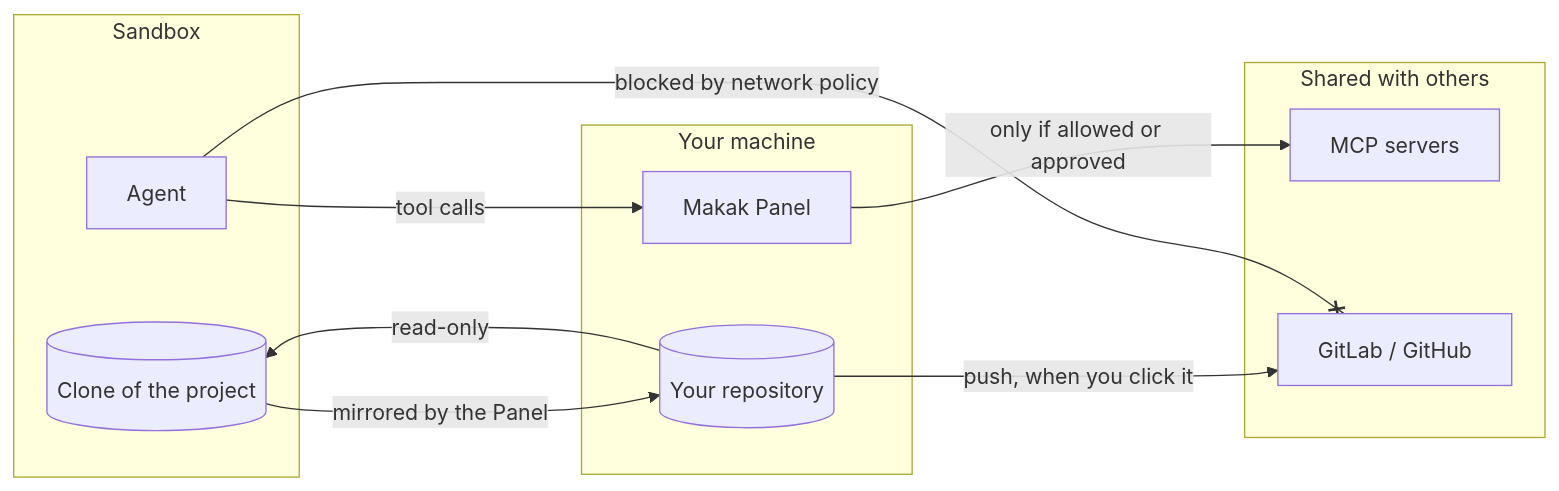
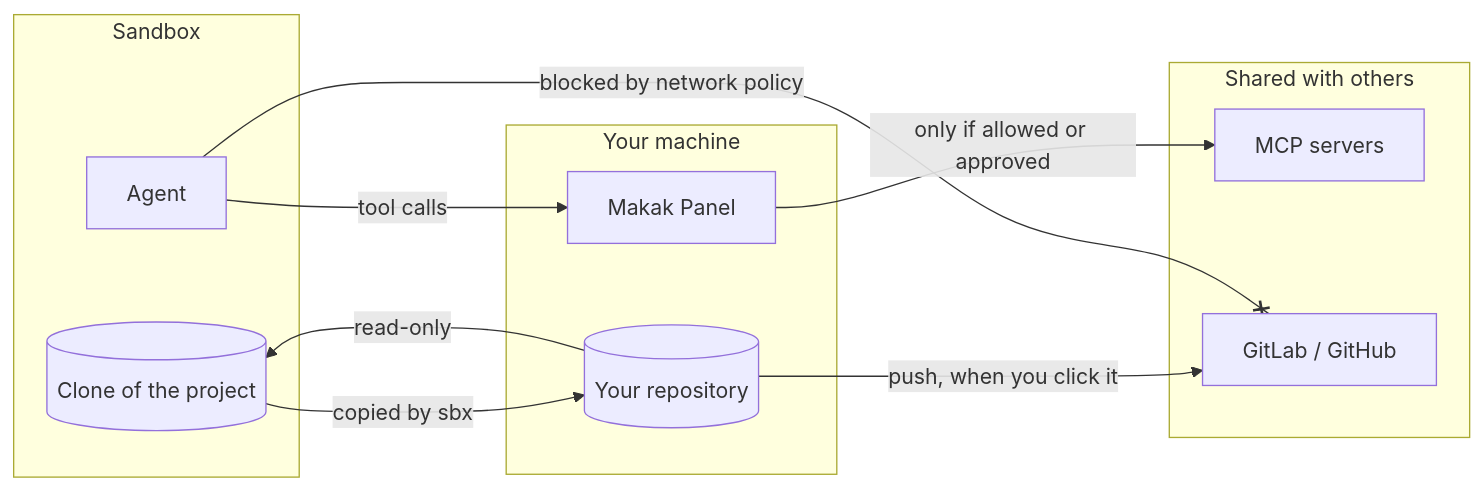
One commit to VaclavSir/makak changed the first of 4 diagrams in docs/workflow.md. Above: the diagram before and after it, drawn with Mermaid. The commit also changed other lines of this file and 21 other files, not shown here.

````diff
--- a/docs/workflow.md
+++ b/docs/workflow.md
@@ -29,24 +29,24 @@
 ```mermaid
 flowchart LR
     subgraph sandbox["Sandbox"]
         agent["Agent"]
         clone[("Clone of the project")]
     end
 
     subgraph host["Your machine"]
         panel["Makak Panel"]
         repo[("Your repository")]
     end
 
     subgraph shared["Shared with others"]
         mcp["MCP servers"]
         origin["GitLab / GitHub"]
     end
 
     agent -->|"tool calls"| panel
     panel -->|"only if allowed or approved"| mcp
-    clone -->|"mirrored by the Panel"| repo
+    clone -->|"copied by sbx"| repo
     repo -->|"read-only"| clone
     repo -->|"push, when you click it"| origin
     agent --x|"blocked by network policy"| origin
 ```
````
